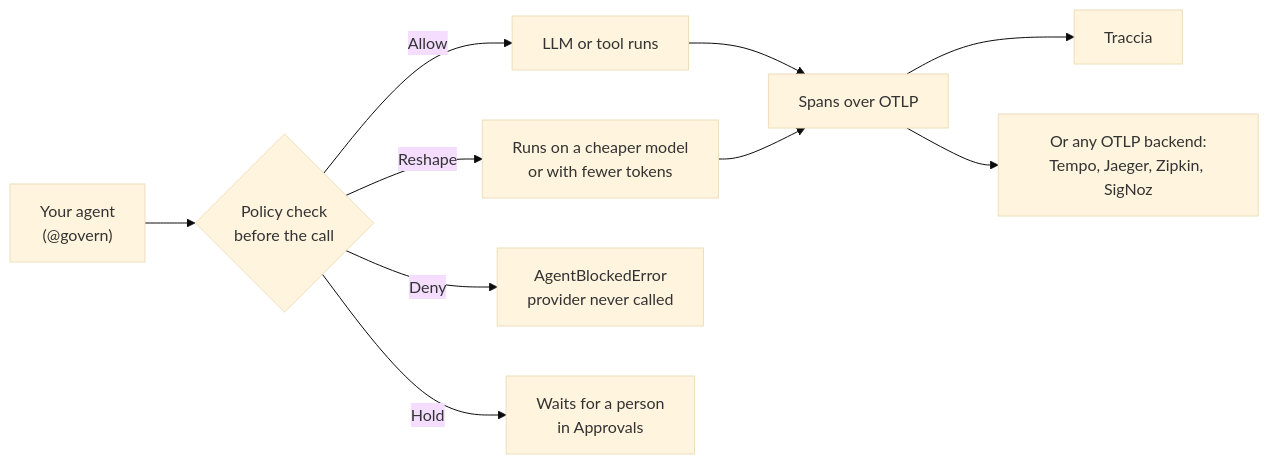
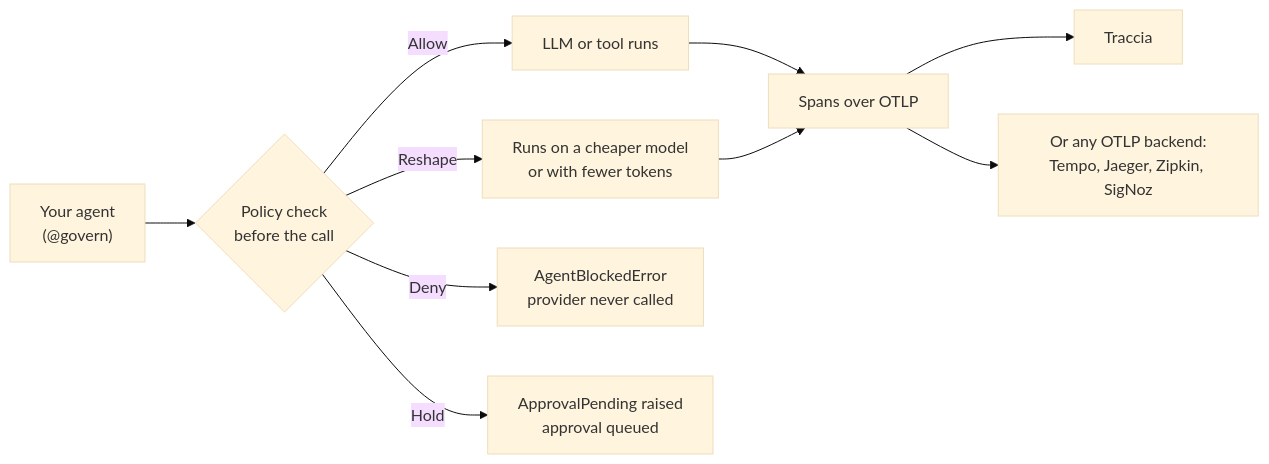
One commit to traccia-ai/traccia-py changed the diagram in README.md. Above: the diagram before and after it, drawn with Mermaid (base theme). The commit also changed other lines of this file, not shown here.

First line of the commit message:
Docs: address review on README quickstart, evals and approvals

````diff
--- a/README.md
+++ b/README.md
@@ -133,12 +133,12 @@
 ```mermaid
 flowchart LR
     A["Your agent<br/>(@govern)"] --> B{"Policy check<br/>before the call"}
     B -->|Allow| C["LLM or tool runs"]
     B -->|Reshape| D["Runs on a cheaper model<br/>or with fewer tokens"]
     B -->|Deny| E["AgentBlockedError<br/>provider never called"]
-    B -->|Hold| F["Waits for a person<br/>in Approvals"]
+    B -->|Hold| F["ApprovalPending raised<br/>approval queued"]
     C --> G["Spans over OTLP"]
     D --> G
     G --> H["Traccia"]
     G --> I["Or any OTLP backend:<br/>Tempo, Jaeger, Zipkin, SigNoz"]
 ```
````
